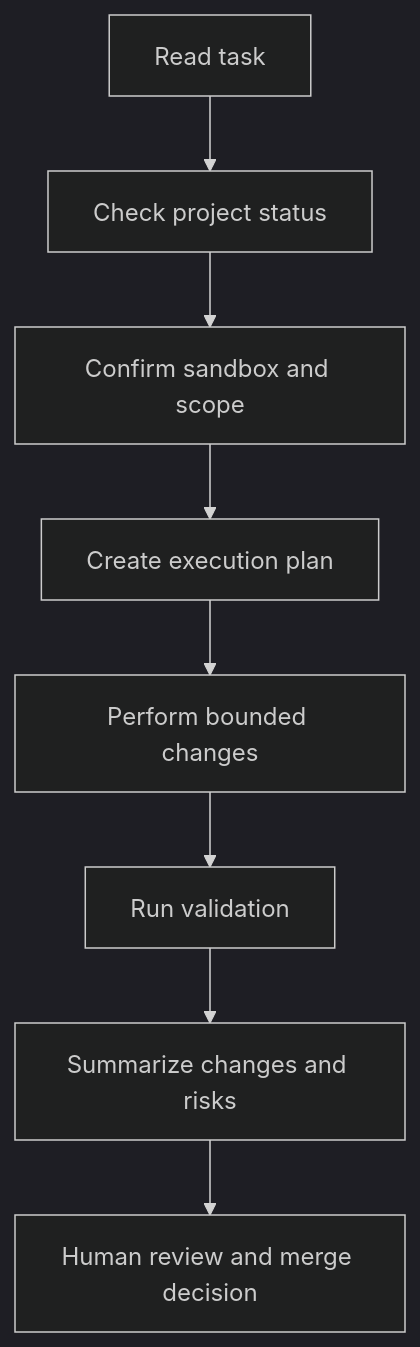
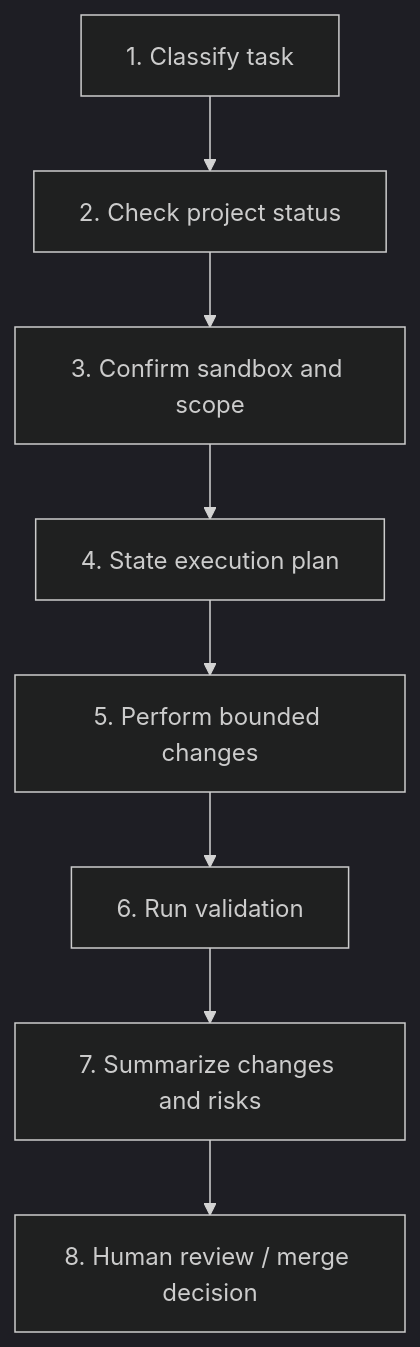
The diagram in docs/unreal-ai-playbook/workflow.md (AlainChen/UnrealMCPHub), drawn with Mermaid (dark theme) before and after one commit. The commit also changed other lines of this file and 4 other files, not shown here.

````diff
--- a/docs/unreal-ai-playbook/workflow.md
+++ b/docs/unreal-ai-playbook/workflow.md
@@ -22,10 +42,10 @@
 ```mermaid
 flowchart TD
-    A["Read task"] --> B["Check project status"]
-    B --> C["Confirm sandbox and scope"]
-    C --> D["Create execution plan"]
-    D --> E["Perform bounded changes"]
-    E --> F["Run validation"]
-    F --> G["Summarize changes and risks"]
-    G --> H["Human review and merge decision"]
+    A["1. Classify task"] --> B["2. Check project status"]
+    B --> C["3. Confirm sandbox and scope"]
+    C --> D["4. State execution plan"]
+    D --> E["5. Perform bounded changes"]
+    E --> F["6. Run validation"]
+    F --> G["7. Summarize changes and risks"]
+    G --> H["8. Human review / merge decision"]
 ```
````
